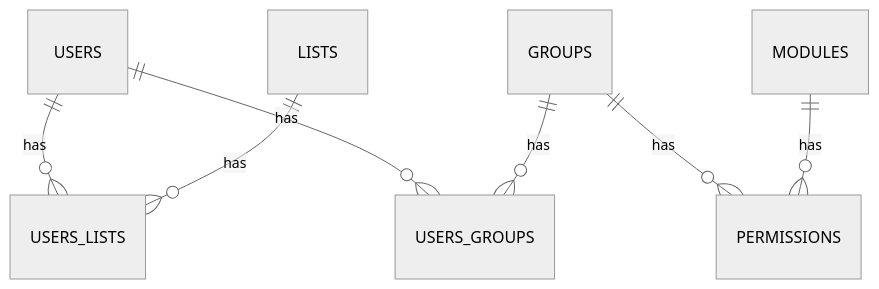
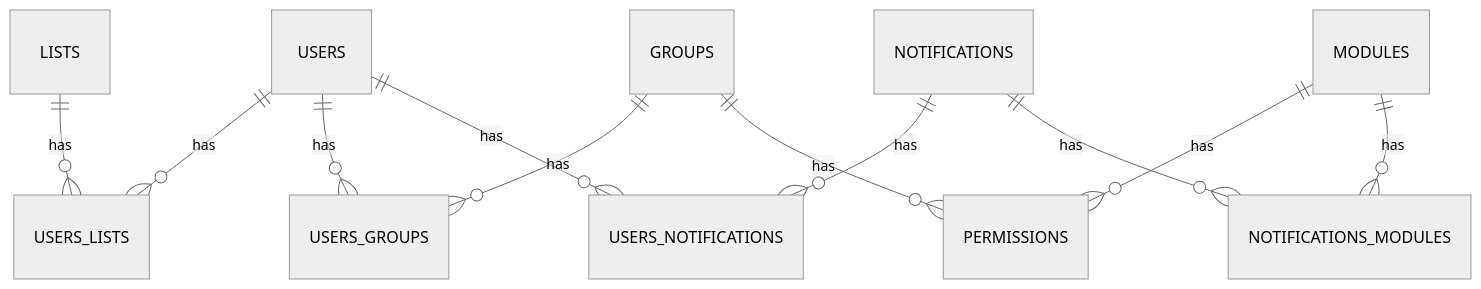
One commit to Juandiego001/lab-dental changed the third of 45 diagrams in docs/db/db.md. Above: the diagram before and after it, drawn with Mermaid (neutral theme). The commit also changed other lines of this file and 71 other files, not shown here.

````diff
--- a/docs/db/db.md
+++ b/docs/db/db.md
@@ -95,9 +100,13 @@
 ```mermaid
 erDiagram
     USERS ||--o{ USERS_LISTS : has
     LISTS ||--o{ USERS_LISTS : has
     USERS ||--o{ USERS_GROUPS : has
     GROUPS ||--o{ USERS_GROUPS : has
     GROUPS ||--o{ PERMISSIONS : has
     MODULES ||--o{ PERMISSIONS : has
+    USERS ||--o{ USERS_NOTIFICATIONS : has
+    NOTIFICATIONS ||--o{ USERS_NOTIFICATIONS : has
+    NOTIFICATIONS ||--o{ NOTIFICATIONS_MODULES : has
+    MODULES ||--o{ NOTIFICATIONS_MODULES : has
 ```
````
